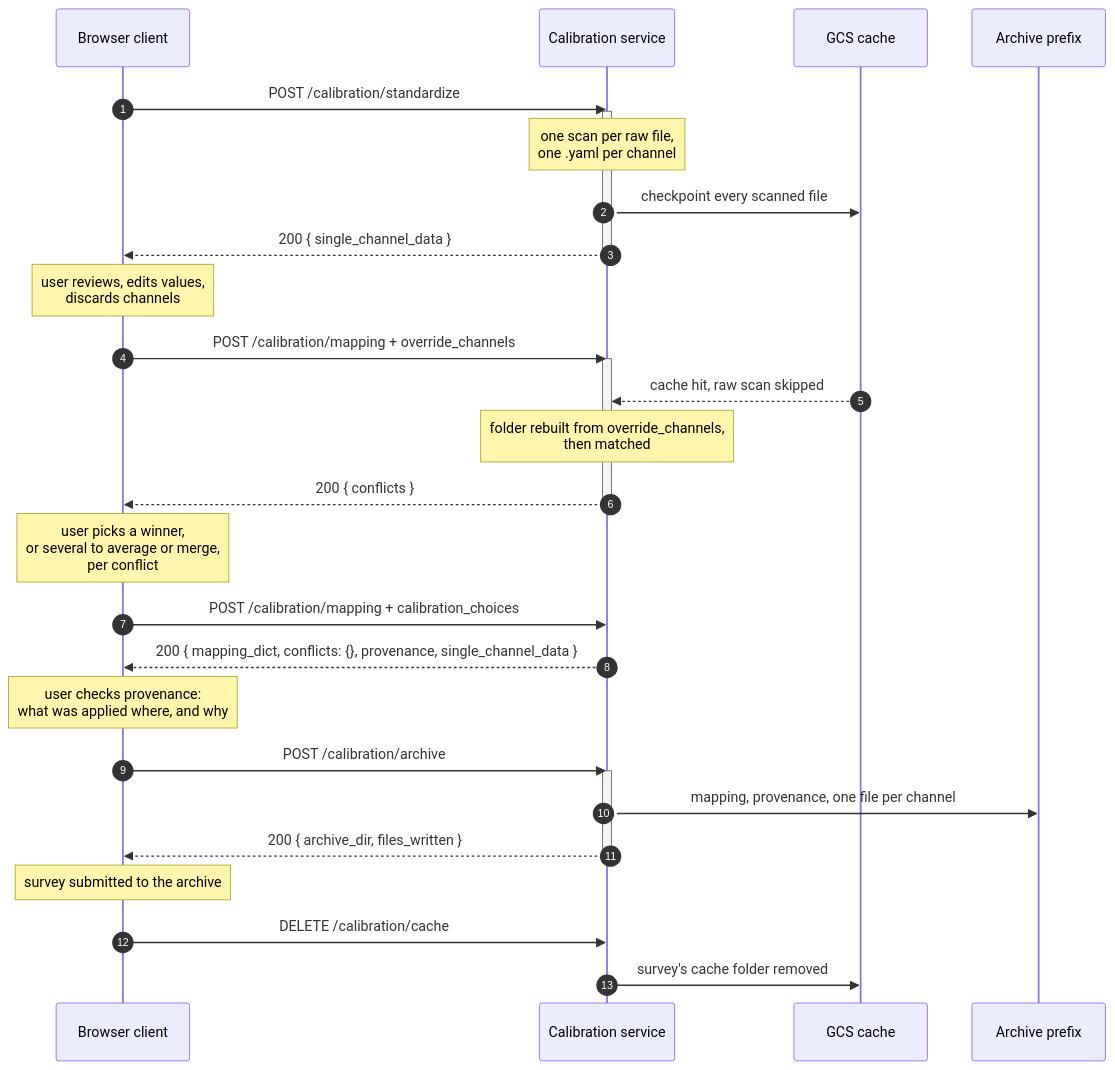
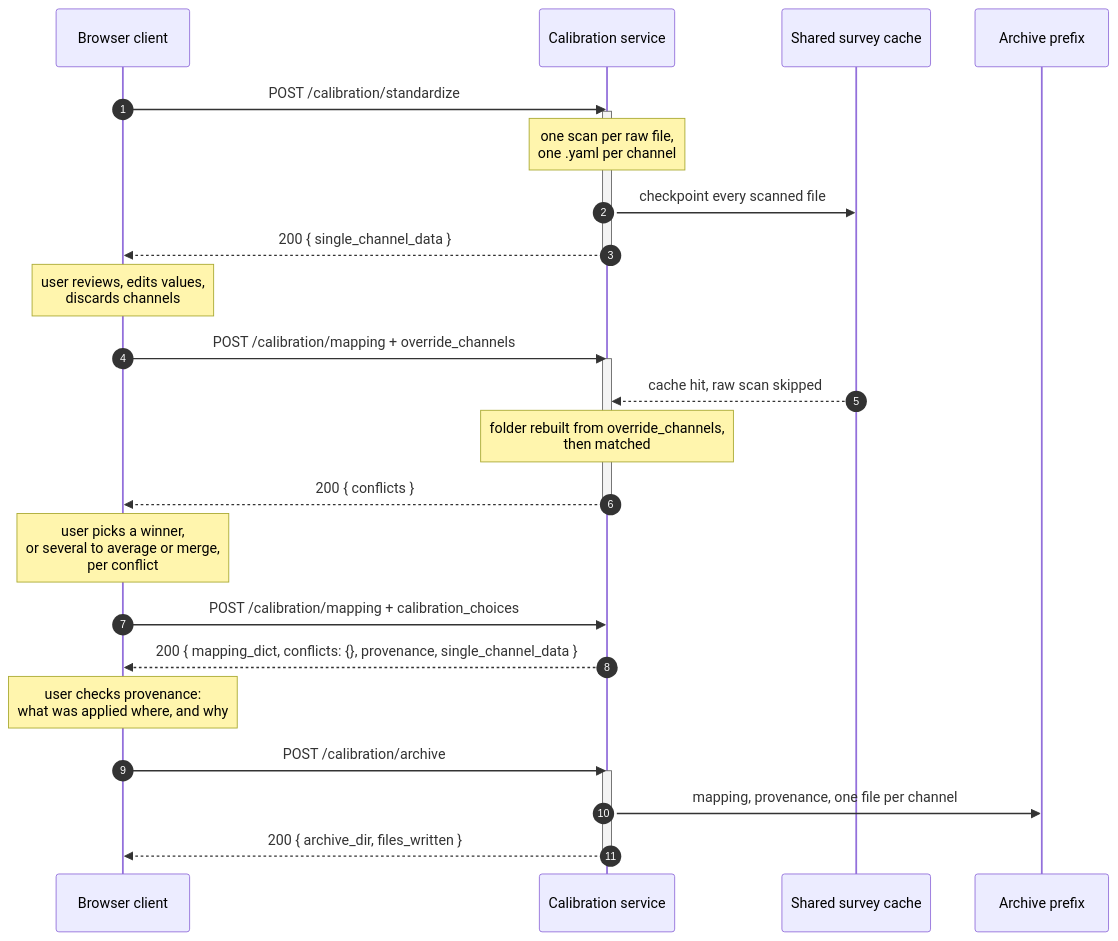
The diagram in recipes/documentation/calibration_service_api.md (BLayman-NOAA/AA-SI_calibration), drawn with Mermaid before and after one commit. The commit also changed other lines of this file and 5 other files, not shown here.

Commit message:
allow other contents in folder with standardized calibration files.

````diff
--- a/recipes/documentation/calibration_service_api.md
+++ b/recipes/documentation/calibration_service_api.md
@@ -65,42 +64,37 @@
 ```mermaid
 sequenceDiagram
     autonumber
     participant B as Browser client
     participant S as Calibration service
-    participant G as GCS cache
+    participant G as Shared survey cache
     participant A as Archive prefix
 
     B->>S: POST /calibration/standardize
     activate S
     Note over S: one scan per raw file,<br/>one .yaml per channel
     S->>G: checkpoint every scanned file
     S-->>B: 200 { single_channel_data }
     deactivate S
 
     Note over B: user reviews, edits values,<br/>discards channels
 
     B->>S: POST /calibration/mapping + override_channels
     activate S
     G-->>S: cache hit, raw scan skipped
     Note over S: folder rebuilt from override_channels,<br/>then matched
     S-->>B: 200 { conflicts }
     deactivate S
 
     Note over B: user picks a winner,<br/>or several to average or merge,<br/>per conflict
 
     B->>S: POST /calibration/mapping + calibration_choices
     S-->>B: 200 { mapping_dict, conflicts: {}, provenance, single_channel_data }
 
     Note over B: user checks provenance:<br/>what was applied where, and why
 
     B->>S: POST /calibration/archive
     activate S
     S->>A: mapping, provenance, one file per channel
     S-->>B: 200 { archive_dir, files_written }
     deactivate S
-
-    Note over B: survey submitted to the archive
-
-    B->>S: DELETE /calibration/cache
-    S->>G: survey's cache folder removed
 ```
````
